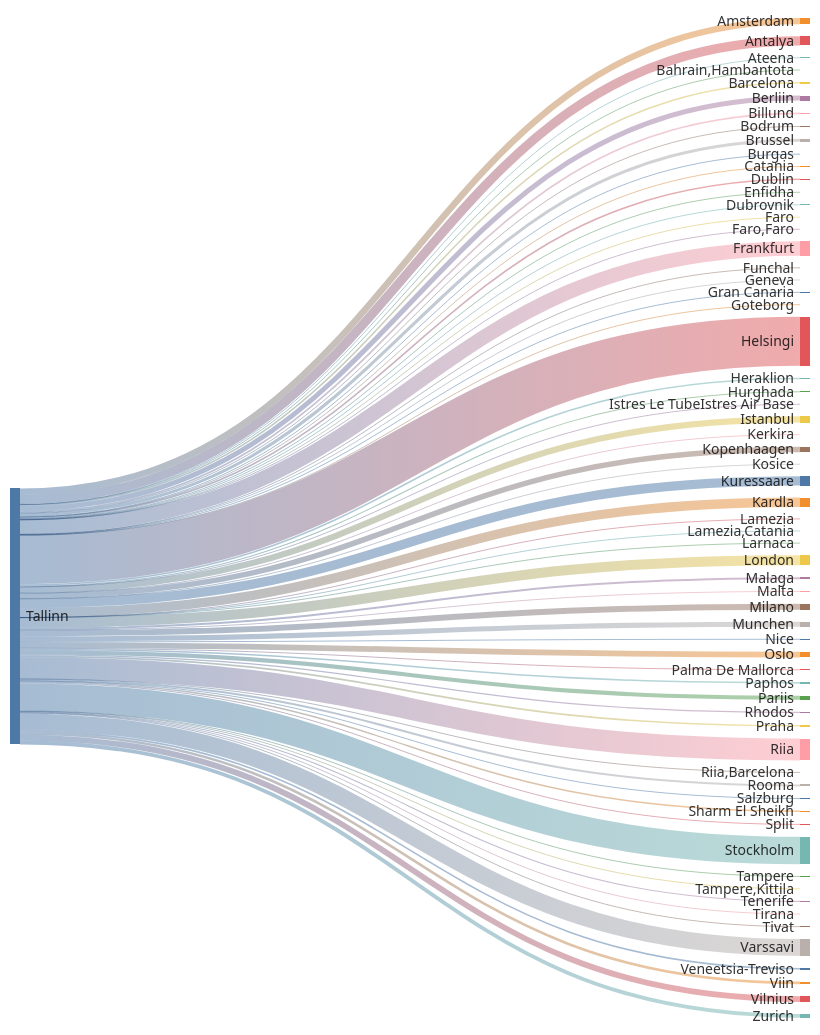
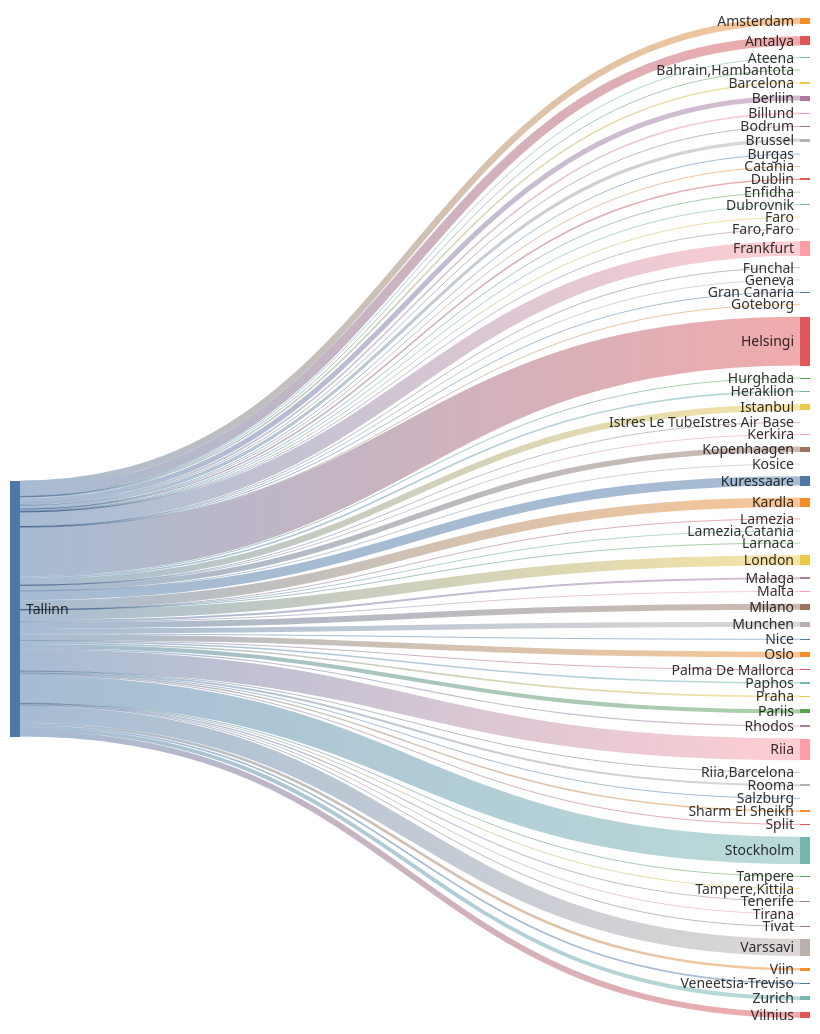
The second of 2 diagrams in README.md (rainermesi/tll-airport-departures), drawn with Mermaid before and after one commit. The commit also changed other lines of this file, not shown here.

````diff
--- a/README.md
+++ b/README.md
@@ -34,76 +34,76 @@
 ```mermaid
 ---
 config:
   sankey:
     showValues: false
     width: 800
     height: 1000
 ---
 sankey-beta
 %% source,target,value
-Tallinn,Amsterdam,187
+Tallinn,Amsterdam,188
 Tallinn,Antalya,264
 Tallinn,Ateena,16
 Tallinn,"Bahrain,Hambantota",1
-Tallinn,Barcelona,44
+Tallinn,Barcelona,45
 Tallinn,Berliin,146
 Tallinn,Billund,49
 Tallinn,Bodrum,11
 Tallinn,Brussel,90
 Tallinn,Burgas,21
 Tallinn,Catania,2
 Tallinn,Dublin,46
 Tallinn,Dubrovnik,21
 Tallinn,Enfidha,7
 Tallinn,Faro,4
 Tallinn,"Faro,Faro",1
-Tallinn,Frankfurt,419
+Tallinn,Frankfurt,421
 Tallinn,Funchal,5
 Tallinn,Geneva,2
 Tallinn,Gran Canaria,21
 Tallinn,Goteborg,1
-Tallinn,Helsingi,1419
+Tallinn,Helsingi,1427
 Tallinn,Heraklion,46
 Tallinn,Hurghada,29
-Tallinn,Istanbul,180
+Tallinn,Istanbul,181
 Tallinn,Istres Le TubeIstres Air Base,2
 Tallinn,Kerkira,4
 Tallinn,Kopenhaagen,160
 Tallinn,Kosice,1
-Tallinn,Kuressaare,271
-Tallinn,Kardla,271
+Tallinn,Kuressaare,273
+Tallinn,Kardla,273
 Tallinn,Lamezia,1
 Tallinn,"Lamezia,Catania",3
 Tallinn,Larnaca,4
-Tallinn,London,290
+Tallinn,London,292
 Tallinn,Malaga,58
 Tallinn,Malta,15
-Tallinn,Milano,173
-Tallinn,Munchen,150
+Tallinn,Milano,174
+Tallinn,Munchen,151
 Tallinn,Nice,25
 Tallinn,Oslo,166
 Tallinn,Palma De Mallorca,19
 Tallinn,Paphos,45
 Tallinn,Pariis,121
 Tallinn,Praha,49
 Tallinn,Rhodos,32
-Tallinn,Riia,632
+Tallinn,Riia,635
 Tallinn,"Riia,Barcelona",1
 Tallinn,Rooma,58
 Tallinn,Salzburg,3
-Tallinn,Sharm El Sheikh,41
+Tallinn,Sharm El Sheikh,42
 Tallinn,Split,25
-Tallinn,Stockholm,793
+Tallinn,Stockholm,796
 Tallinn,Tampere,17
 Tallinn,"Tampere,Kittila",3
 Tallinn,Tenerife,31
 Tallinn,Tirana,8
 Tallinn,Tivat,26
-Tallinn,Varssavi,490
+Tallinn,Varssavi,493
 Tallinn,Veneetsia-Treviso,46
-Tallinn,Viin,76
-Tallinn,Vilnius,167
-Tallinn,Zurich,113
+Tallinn,Viin,77
+Tallinn,Vilnius,169
+Tallinn,Zurich,114
 
 
 ```
````
